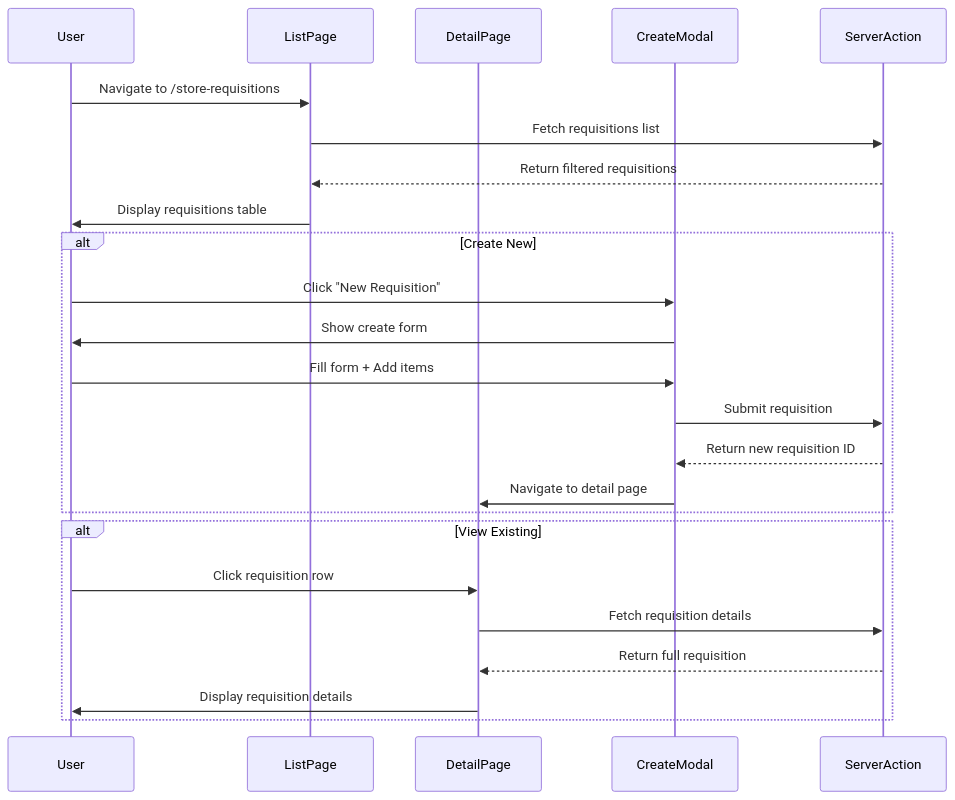
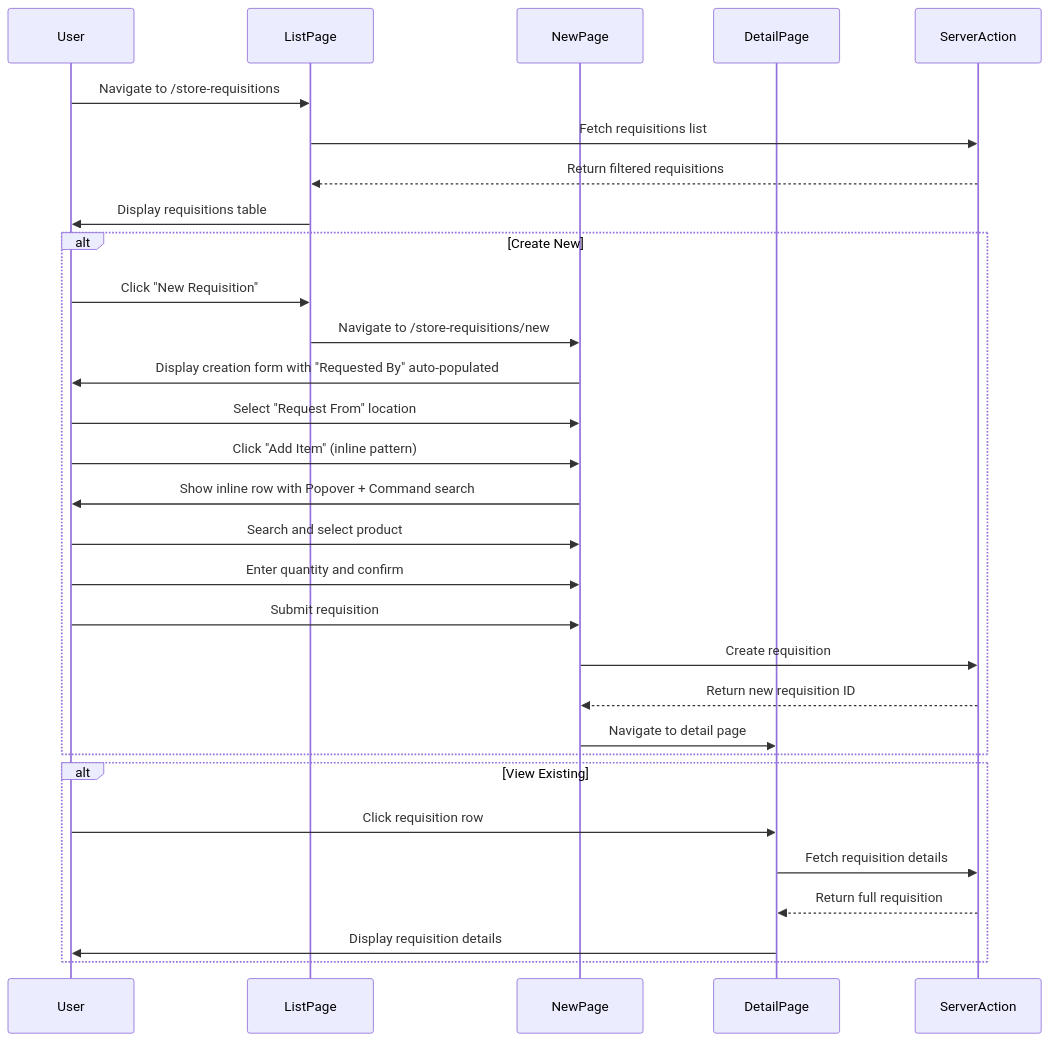
The third of 9 diagrams in docs/app/store-operations/store-requisitions/TS-store-requisitions.md (PeakMNA/carmen), drawn with Mermaid before and after one commit. The commit also changed other lines of this file and 458 other files, not shown here.

````diff
--- a/docs/app/store-operations/store-requisitions/TS-store-requisitions.md
+++ b/docs/app/store-operations/store-requisitions/TS-store-requisitions.md
@@ -201,29 +259,35 @@
 ```mermaid
 sequenceDiagram
     participant User
     participant ListPage
+    participant NewPage
     participant DetailPage
-    participant CreateModal
     participant ServerAction
 
     User->>ListPage: Navigate to /store-requisitions
     ListPage->>ServerAction: Fetch requisitions list
     ServerAction-->>ListPage: Return filtered requisitions
     ListPage->>User: Display requisitions table
 
     alt Create New
-        User->>CreateModal: Click "New Requisition"
-        CreateModal->>User: Show create form
-        User->>CreateModal: Fill form + Add items
-        CreateModal->>ServerAction: Submit requisition
-        ServerAction-->>CreateModal: Return new requisition ID
-        CreateModal->>DetailPage: Navigate to detail page
+        User->>ListPage: Click "New Requisition"
+        ListPage->>NewPage: Navigate to /store-requisitions/new
+        NewPage->>User: Display creation form with "Requested By" auto-populated
+        User->>NewPage: Select "Request From" location
+        User->>NewPage: Click "Add Item" (inline pattern)
+        NewPage->>User: Show inline row with Popover + Command search
+        User->>NewPage: Search and select product
+        User->>NewPage: Enter quantity and confirm
+        User->>NewPage: Submit requisition
+        NewPage->>ServerAction: Create requisition
+        ServerAction-->>NewPage: Return new requisition ID
+        NewPage->>DetailPage: Navigate to detail page
     end
 
     alt View Existing
         User->>DetailPage: Click requisition row
         DetailPage->>ServerAction: Fetch requisition details
         ServerAction-->>DetailPage: Return full requisition
         DetailPage->>User: Display requisition details
     end
 ```
````
